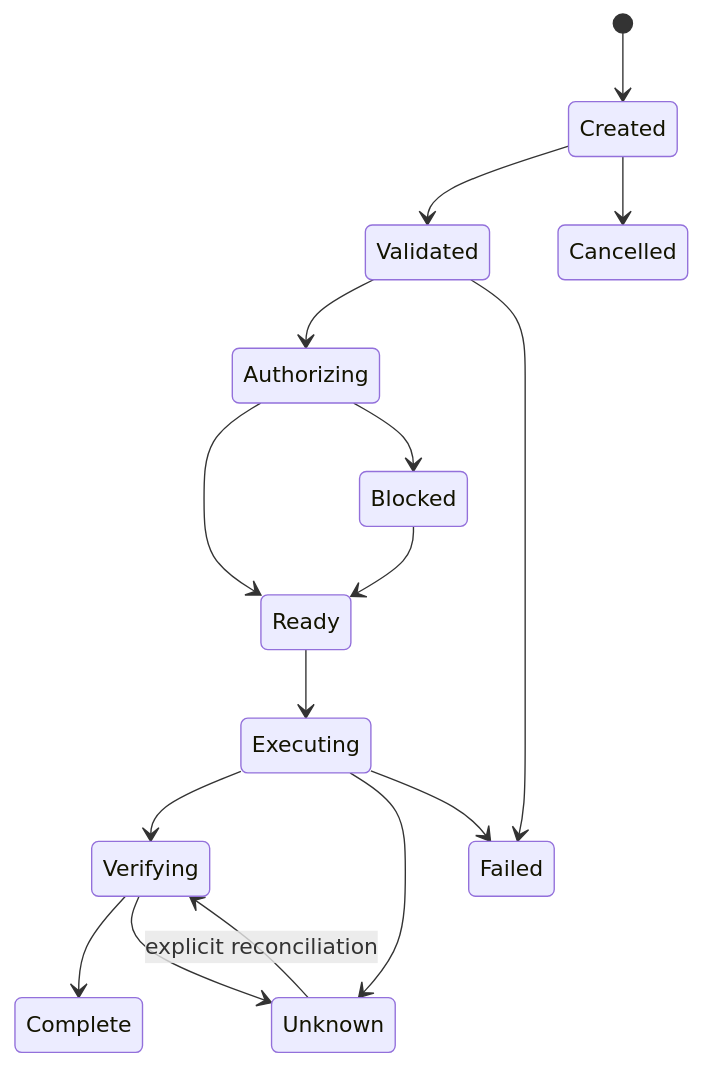
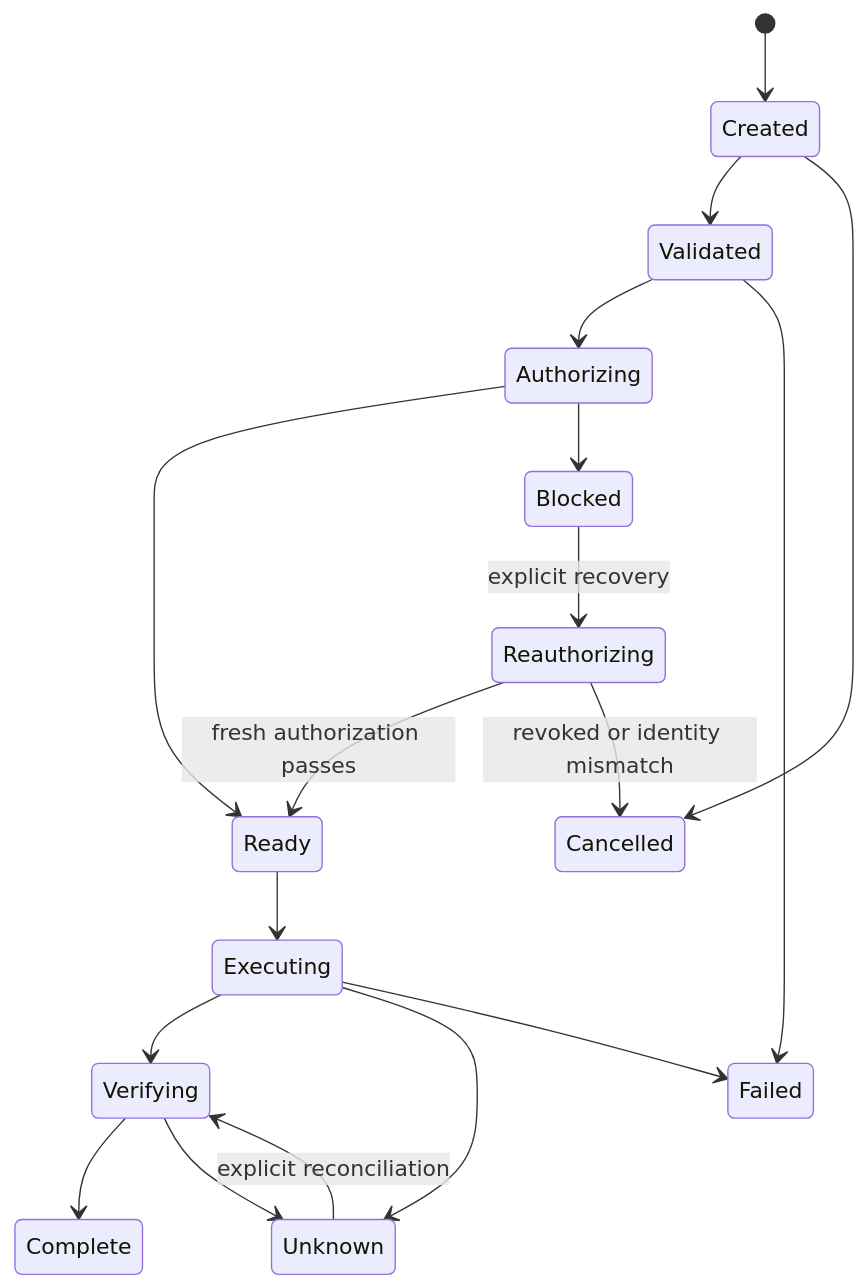
One commit to jodobear/uzel changed the ninth of 10 diagrams in docs/plans/uzel-product-incubation-v4-2026-08-10/02-PRODUCT-ARCHITECTURE.md. Above: the diagram before and after it, drawn with Mermaid. The commit also changed other lines of this file and 15 other files, not shown here.

````diff
--- a/docs/plans/uzel-product-incubation-v4-2026-08-10/02-PRODUCT-ARCHITECTURE.md
+++ b/docs/plans/uzel-product-incubation-v4-2026-08-10/02-PRODUCT-ARCHITECTURE.md
@@ -863,18 +863,20 @@
 ```mermaid
 stateDiagram-v2
     [*] --> Created
     Created --> Validated
     Validated --> Authorizing
     Authorizing --> Ready
     Ready --> Executing
     Executing --> Verifying
     Verifying --> Complete
     Authorizing --> Blocked
     Executing --> Unknown
     Verifying --> Unknown
     Created --> Cancelled
     Validated --> Failed
     Executing --> Failed
-    Blocked --> Ready
+    Blocked --> Reauthorizing: explicit recovery
+    Reauthorizing --> Ready: fresh authorization passes
+    Reauthorizing --> Cancelled: revoked or identity mismatch
     Unknown --> Verifying: explicit reconciliation
 ```
````
